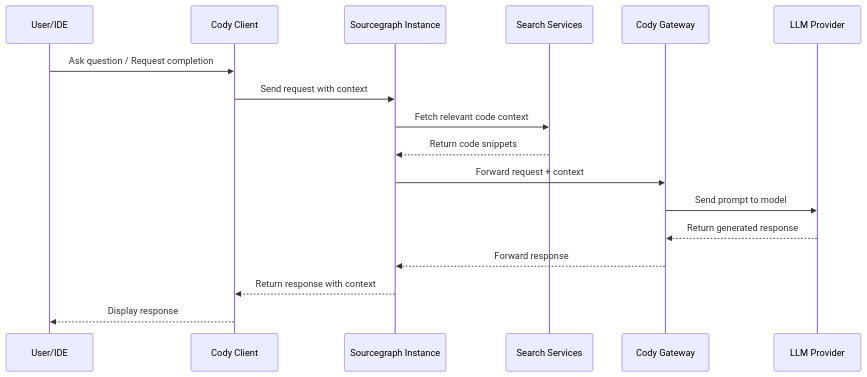
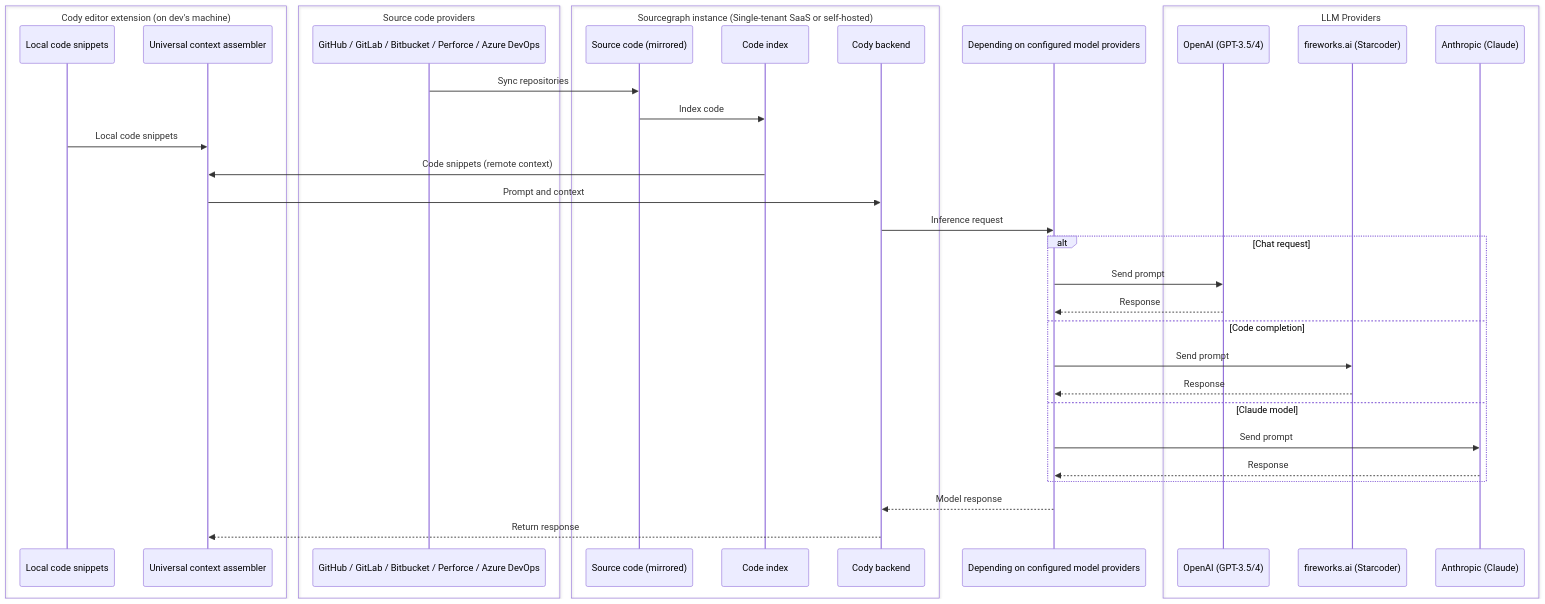
Before and after one commit to sourcegraph/docs: the fourth of 4 diagrams in docs/admin/architecture.mdx, drawn with Mermaid. The commit also changed other lines of this file, not shown here.

Commit message:
try to sync from images

````diff
--- a/docs/admin/architecture.mdx
+++ b/docs/admin/architecture.mdx
@@ -371,23 +423,48 @@
 ```mermaid
 sequenceDiagram
-    participant User as User/IDE
-    participant Cody as Cody Client
-    participant SG as Sourcegraph Instance
-    participant Search as Search Services
-    participant Gateway as Cody Gateway
-    participant LLM as LLM Provider
+    box Cody editor extension (on dev's machine)
+        participant LocalSnippets as Local code snippets
+        participant Assembler as Universal context assembler
+    end
 
-    User->>Cody: Ask question / Request completion
-    Cody->>SG: Send request with context
+    box Source code providers
+        participant Providers as GitHub / GitLab / Bitbucket / Perforce / Azure DevOps
+    end
 
-    SG->>Search: Fetch relevant code context
-    Search-->>SG: Return code snippets
+    box Sourcegraph instance (Single-tenant SaaS or self-hosted)
+        participant SourceCode as Source code (mirrored)
+        participant CodeIndex as Code index
+        participant CodyBackend as Cody backend
+    end
 
-    SG->>Gateway: Forward request + context
-    Gateway->>LLM: Send prompt to model
-    LLM-->>Gateway: Return generated response
-    Gateway-->>SG: Forward response
+    participant Gateway as Depending on configured model providers
 
-    SG-->>Cody: Return response with context
-    Cody-->>User: Display response
+    box LLM Providers
+        participant OpenAI as OpenAI (GPT-3.5/4)
+        participant Fireworks as fireworks.ai (Starcoder)
+        participant Anthropic as Anthropic (Claude)
+    end
+
+    Providers->>SourceCode: Sync repositories
+    SourceCode->>CodeIndex: Index code
+
+    LocalSnippets->>Assembler: Local code snippets
+    CodeIndex->>Assembler: Code snippets (remote context)
+
+    Assembler->>CodyBackend: Prompt and context
+    CodyBackend->>Gateway: Inference request
+
+    alt Chat request
+        Gateway->>OpenAI: Send prompt
+        OpenAI-->>Gateway: Response
+    else Code completion
+        Gateway->>Fireworks: Send prompt
+        Fireworks-->>Gateway: Response
+    else Claude model
+        Gateway->>Anthropic: Send prompt
+        Anthropic-->>Gateway: Response
+    end
+
+    Gateway-->>CodyBackend: Model response
+    CodyBackend-->>Assembler: Return response
 ```
````
